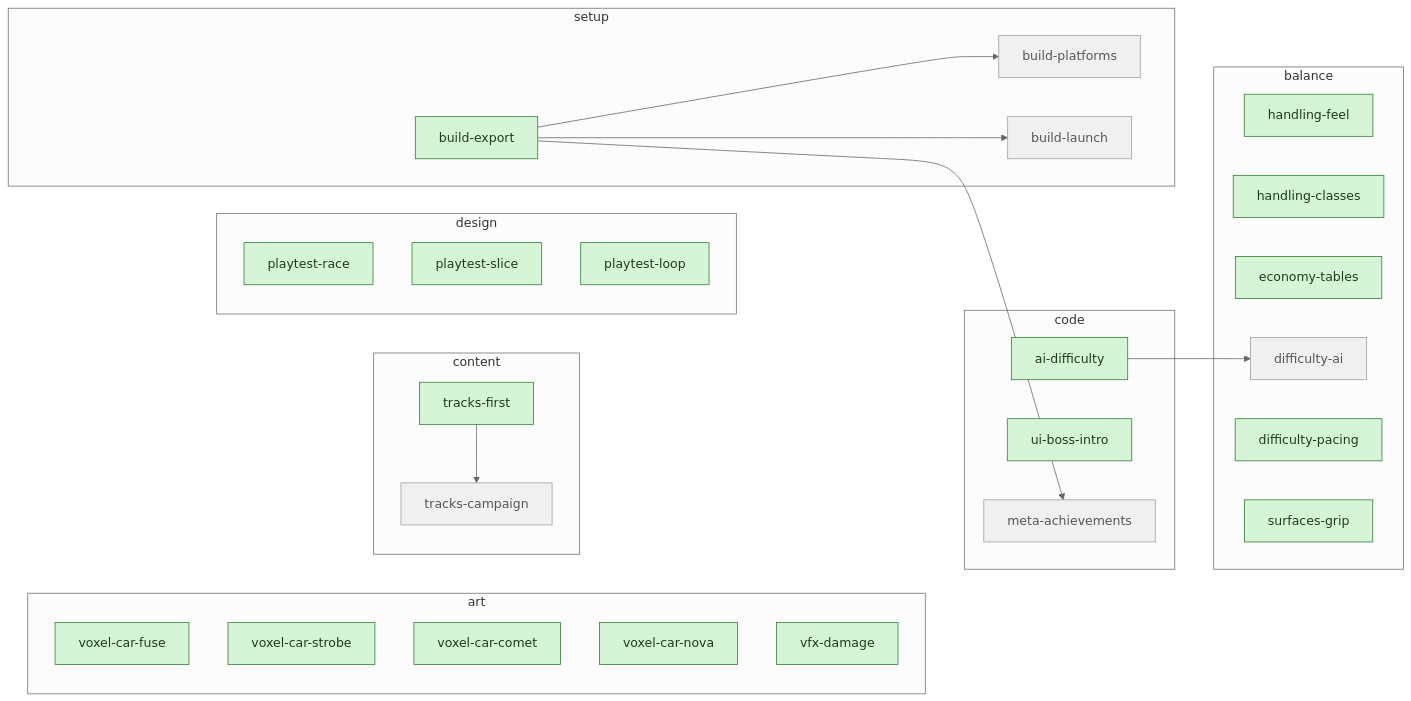
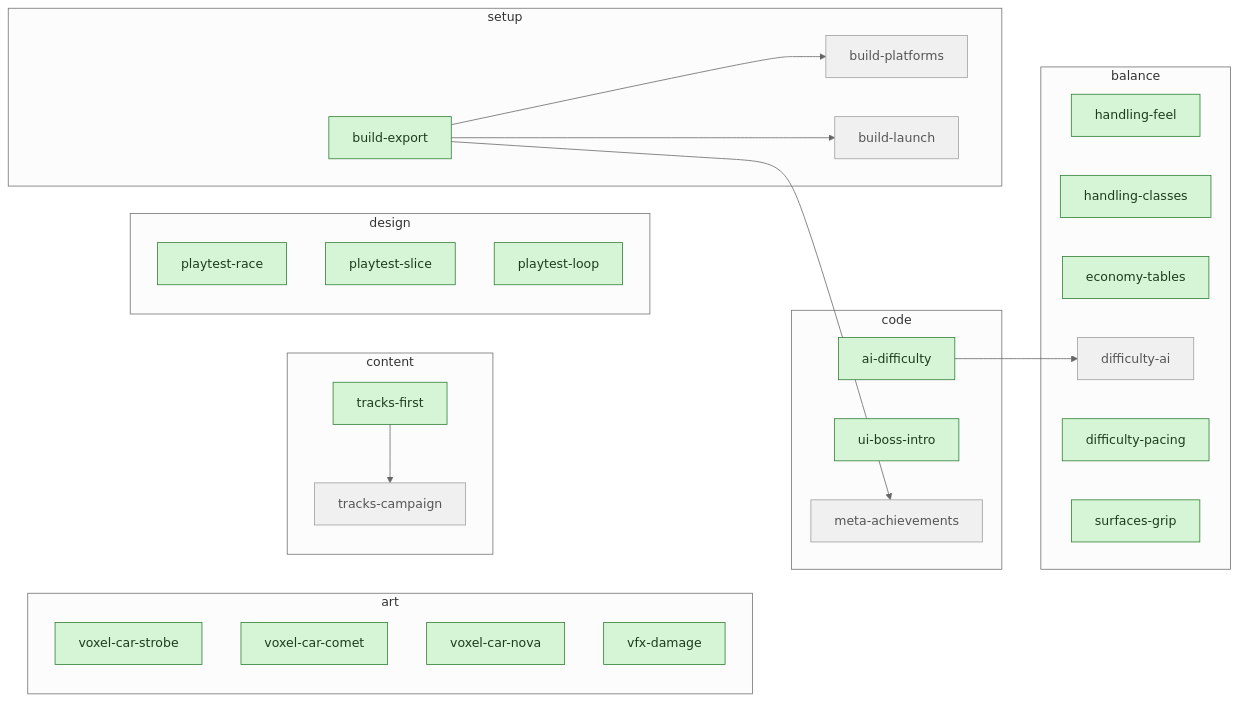
The third of 3 diagrams in STATUS.md (artemiiShabanov/RallyRivals), drawn with Mermaid (neutral theme) before and after one commit. The commit also changed other lines of this file and 6 other files, not shown here.

````diff
--- a/STATUS.md
+++ b/STATUS.md
@@ -93,46 +92,45 @@
 ```mermaid
 flowchart LR
   subgraph code
     code_ai_difficulty["ai-difficulty"]
     code_ui_boss_intro["ui-boss-intro"]
     code_meta_achievements["meta-achievements"]
   end
   subgraph art
-    art_voxel_car_fuse["voxel-car-fuse"]
     art_voxel_car_strobe["voxel-car-strobe"]
     art_voxel_car_comet["voxel-car-comet"]
     art_voxel_car_nova["voxel-car-nova"]
     art_vfx_damage["vfx-damage"]
   end
   subgraph content
     content_tracks_first["tracks-first"]
     content_tracks_campaign["tracks-campaign"]
   end
   subgraph balance
     balance_handling_feel["handling-feel"]
     balance_handling_classes["handling-classes"]
     balance_economy_tables["economy-tables"]
     balance_difficulty_ai["difficulty-ai"]
     balance_difficulty_pacing["difficulty-pacing"]
     balance_surfaces_grip["surfaces-grip"]
   end
   subgraph design
     design_playtest_race["playtest-race"]
     design_playtest_slice["playtest-slice"]
     design_playtest_loop["playtest-loop"]
   end
   subgraph setup
     setup_build_export["build-export"]
     setup_build_platforms["build-platforms"]
     setup_build_launch["build-launch"]
   end
   setup_build_export --> code_meta_achievements
   content_tracks_first --> content_tracks_campaign
   code_ai_difficulty --> balance_difficulty_ai
   setup_build_export --> setup_build_platforms
   setup_build_export --> setup_build_launch
   classDef avail fill:#d6f5d6,stroke:#2e7d32,color:#1b3d1b;
   classDef blocked fill:#f0f0f0,stroke:#9e9e9e,color:#555;
-  class code_ai_difficulty,code_ui_boss_intro,content_tracks_first,art_voxel_car_fuse,art_voxel_car_strobe,art_voxel_car_comet,art_voxel_car_nova,art_vfx_damage,balance_handling_feel,balance_handling_classes,balance_economy_tables,balance_difficulty_pacing,balance_surfaces_grip,design_playtest_race,design_playtest_slice,design_playtest_loop,setup_build_export avail;
+  class code_ai_difficulty,code_ui_boss_intro,content_tracks_first,art_voxel_car_strobe,art_voxel_car_comet,art_voxel_car_nova,art_vfx_damage,balance_handling_feel,balance_handling_classes,balance_economy_tables,balance_difficulty_pacing,balance_surfaces_grip,design_playtest_race,design_playtest_slice,design_playtest_loop,setup_build_export avail;
   class code_meta_achievements,content_tracks_campaign,balance_difficulty_ai,setup_build_platforms,setup_build_launch blocked;
 ```
````
